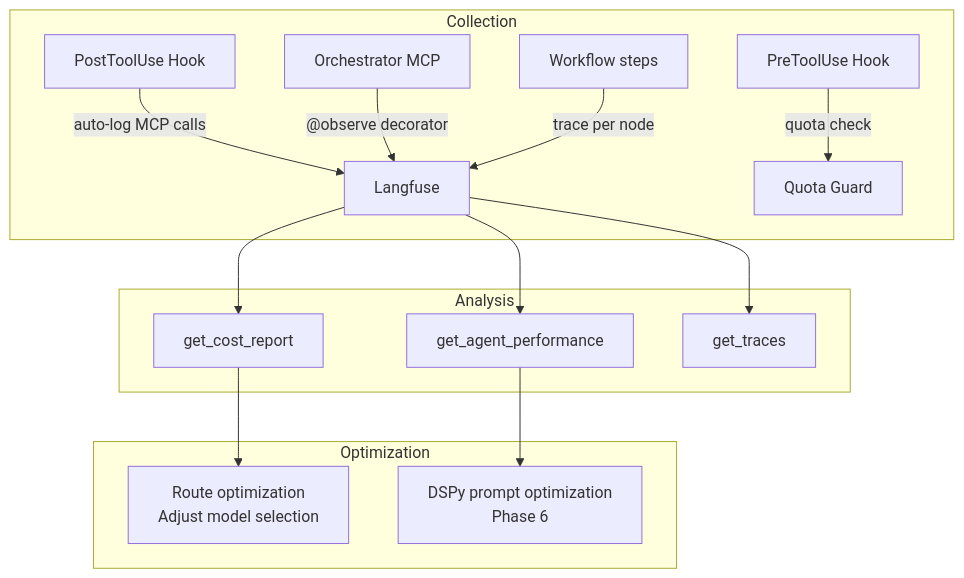
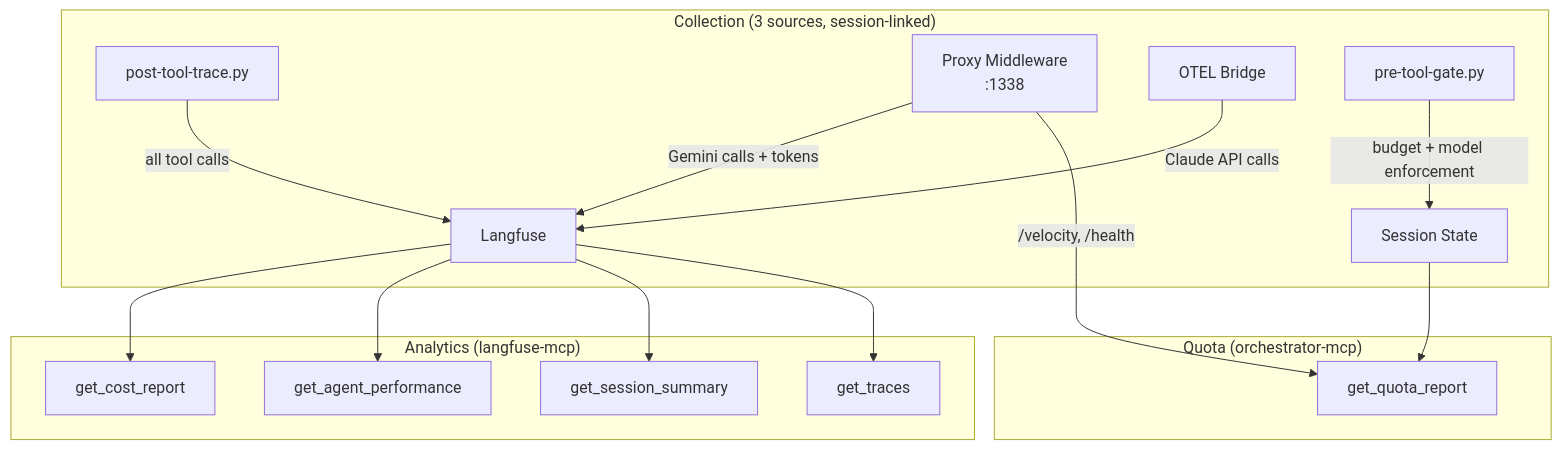
One commit to SpandrelInteractive/claude_workspace changed the fourth of 5 diagrams in .claude/docs/architecture-overview.md. Above: the diagram before and after it, drawn with Mermaid. The commit also changed other lines of this file and 23 other files, not shown here.

````diff
--- a/.claude/docs/architecture-overview.md
+++ b/.claude/docs/architecture-overview.md
@@ -128,20 +129,21 @@
 ```mermaid
 graph TB
-    subgraph "Collection"
-        H1[PostToolUse Hook] -->|"auto-log MCP calls"| LF[Langfuse]
-        H2[PreToolUse Hook] -->|"quota check"| QG[Quota Guard]
-        OM[Orchestrator MCP] -->|"@observe decorator"| LF
-        WF[Workflow steps] -->|"trace per node"| LF
+    subgraph "Collection (3 sources, session-linked)"
+        H1[post-tool-trace.py] -->|"all tool calls"| LF[Langfuse]
+        PM[Proxy Middleware<br/>:1338] -->|"Gemini calls + tokens"| LF
+        OB[OTEL Bridge] -->|"Claude API calls"| LF
+        H2[pre-tool-gate.py] -->|"budget + model enforcement"| QG[Session State]
     end
 
-    subgraph "Analysis"
+    subgraph "Analytics (langfuse-mcp)"
         LF --> CR[get_cost_report]
         LF --> AP[get_agent_performance]
+        LF --> SS[get_session_summary]
         LF --> TR[get_traces]
     end
 
-    subgraph "Optimization"
-        CR --> RM[Route optimization<br/>Adjust model selection]
-        AP --> PO[DSPy prompt optimization<br/>Phase 6]
+    subgraph "Quota (orchestrator-mcp)"
+        PM -->|"/velocity, /health"| QR[get_quota_report]
+        QG --> QR
     end
 ```
````
